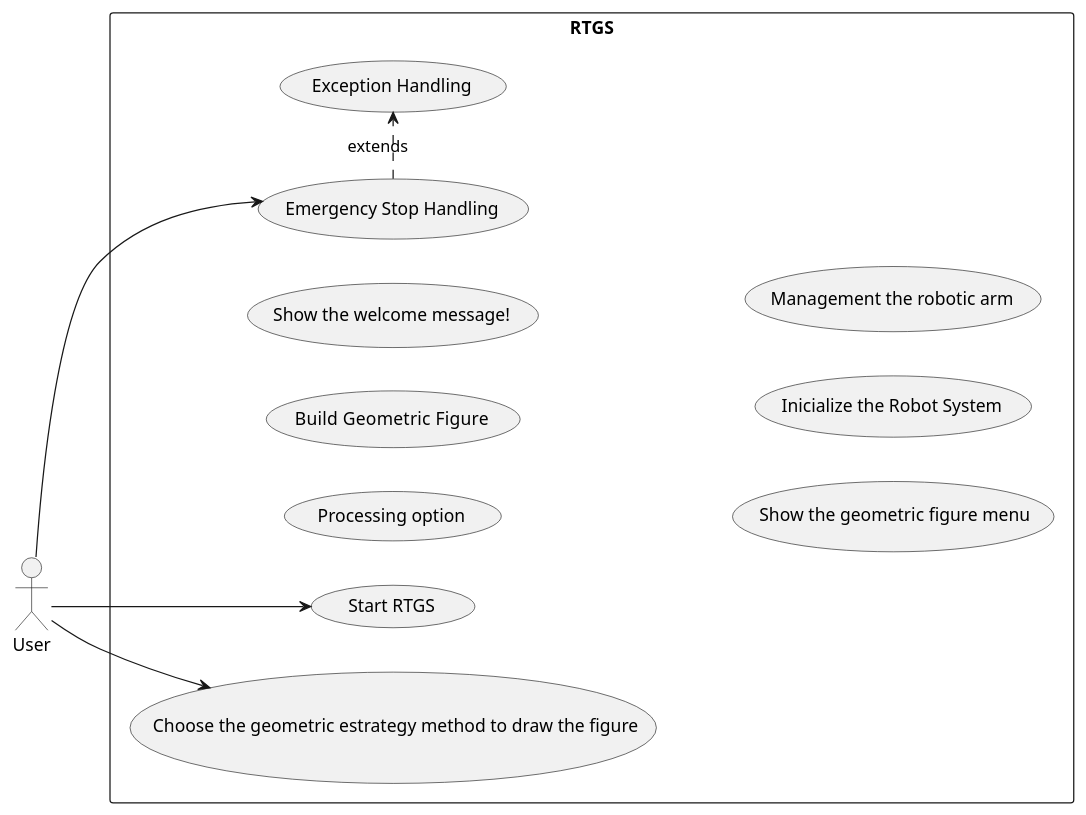
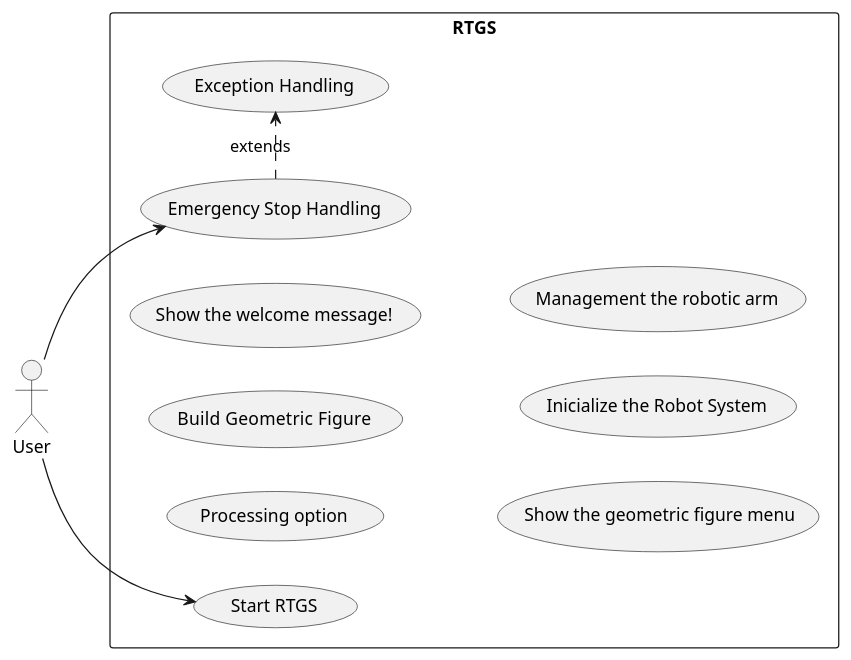
One commit to MarcioFreitasUFSC21/RTGS-Master-Course-System changed the diagram in useCaseUser.plantuml. Above: the diagram before and after it, drawn with PlantUML. The commit also changed 8 other files, not shown here.

```diff
--- a/useCaseUser.plantuml
+++ b/useCaseUser.plantuml
@@ -1,20 +1,18 @@
 @startuml
 left to right direction
 actor "User" as user
 rectangle RTGS {
 usecase " Start RTGS" as UC1
-usecase " Choose the geometric estrategy method to draw the figure" as UC2
 usecase " Emergency Stop Handling" as UC3
 usecase " Exception Handling" as UC4
 usecase " Processing option" as UC5
 usecase " Build  Geometric Figure" as UC6
 usecase " Show the welcome message!" as UC7
 usecase " Show the geometric figure menu" as UC8
 usecase " Inicialize the Robot System" as UC10
 usecase " Management the robotic arm" as UC11
 }
 user --> UC1
-user --> UC2
 user --> UC3
 (UC3) .> (UC4): extends 
 @enduml
```
